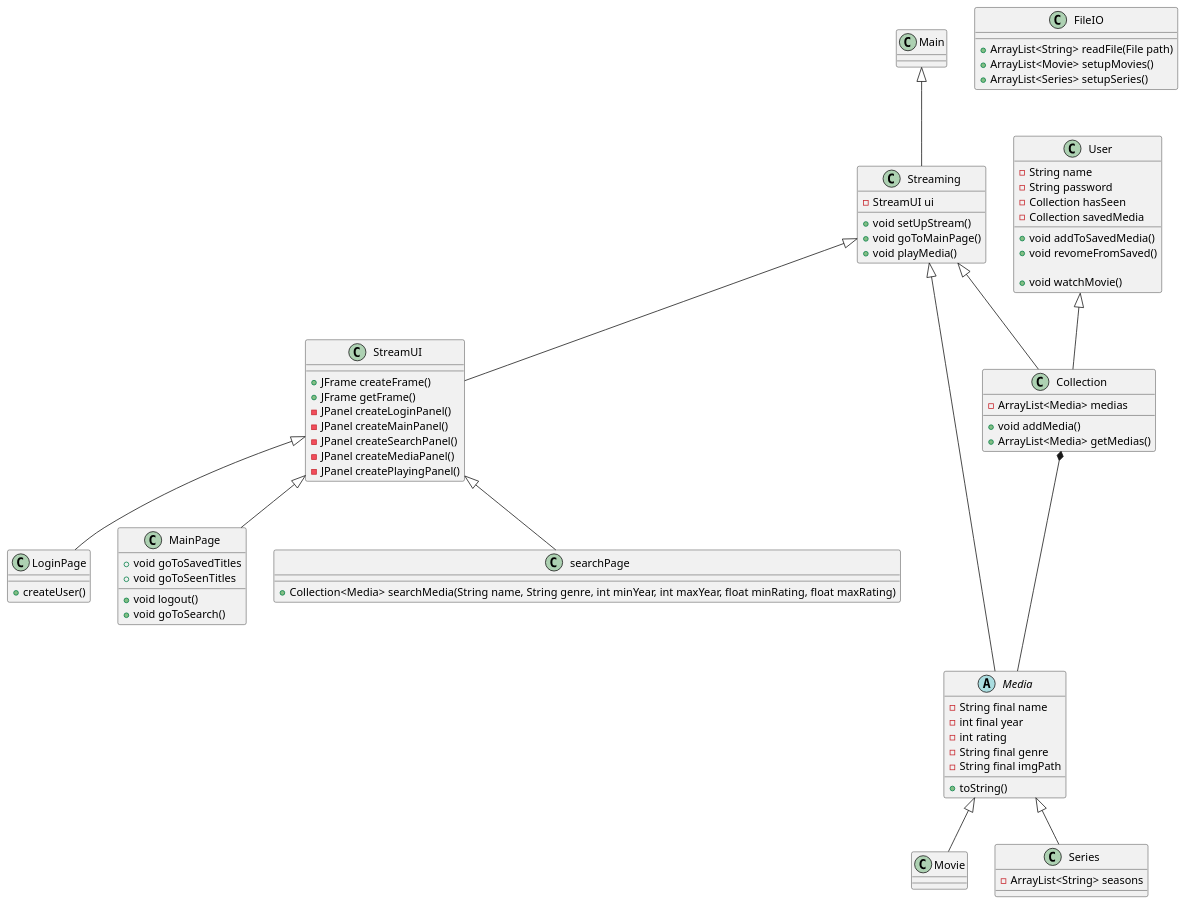
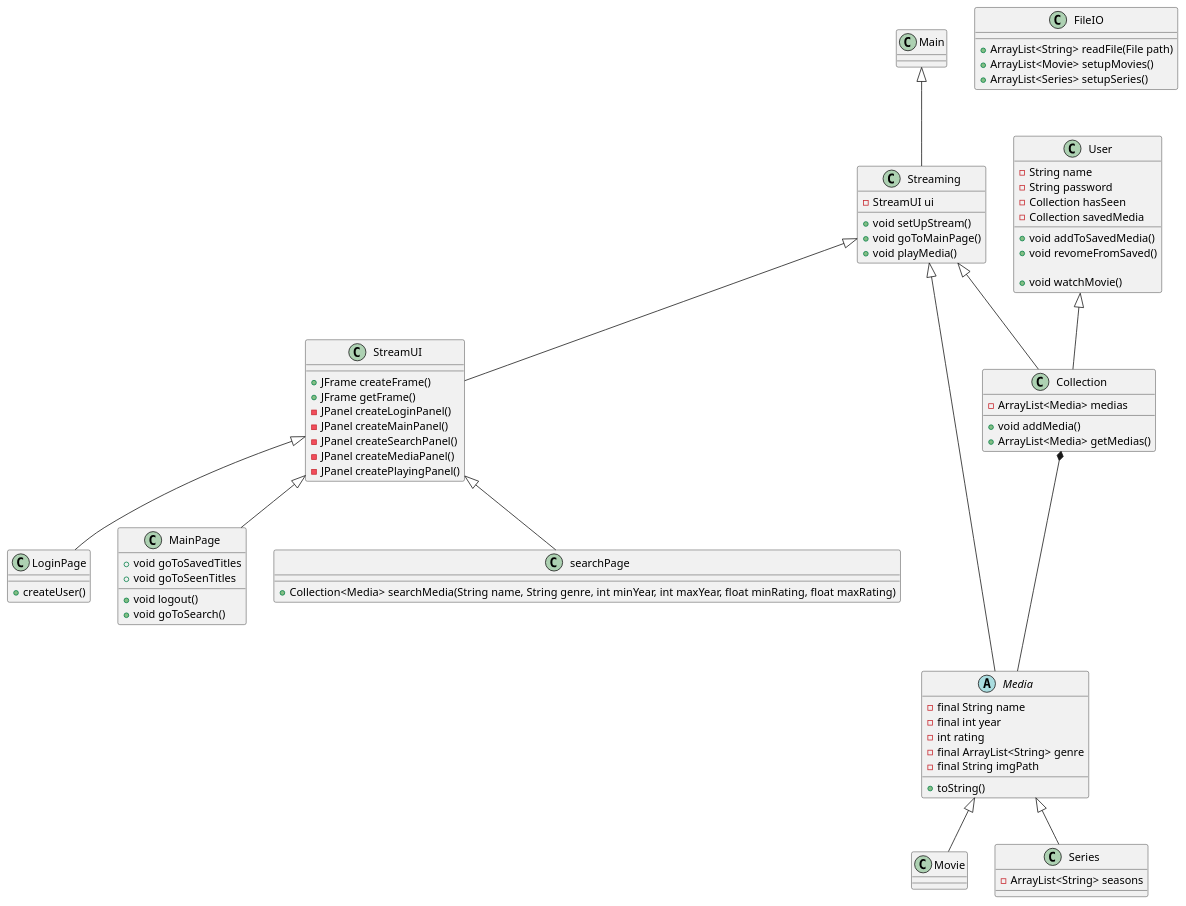
One commit to TheRealJackiBoi/dat1-sp3-streaming changed the diagram in Documentation/Streaming.puml. Above: the diagram before and after it, drawn with PlantUML. The commit also changed 4 other files, not shown here.

```diff
--- a/Documentation/Streaming.puml
+++ b/Documentation/Streaming.puml
@@ -1,94 +1,94 @@
 @startuml
 
 'https://plantuml.com/class-diagram
 
 class Main{
 
 }
 
 Main <|-- Streaming
 class Streaming{
 -StreamUI ui
 +void setUpStream()
 +void goToMainPage()
 +void playMedia()
 }
 
 StreamUI <|-- LoginPage
 class LoginPage{
 + createUser()
 
 }
 
 StreamUI <|-- MainPage
 class MainPage {
 +void logout()
 +void goToSearch()
 +void goToSavedTitles
 +void goToSeenTitles
 }
 
 StreamUI <|-- searchPage
 class searchPage{
 
 +Collection<Media> searchMedia(String name, String genre, int minYear, int maxYear, float minRating, float maxRating)
 }
 
 Streaming <|-- StreamUI
 class StreamUI {
 +JFrame createFrame()
 +JFrame getFrame()
 -JPanel createLoginPanel()
 -JPanel createMainPanel()
 -JPanel createSearchPanel()
 -JPanel createMediaPanel()
 -JPanel createPlayingPanel()
 }
 
 Streaming <|-- Media
 Streaming <|-- Collection
 abstract class Media {
--String final name
--int final year
+-final String name
+-final int year
 -int rating
--String final genre
--String final imgPath
+-final ArrayList<String> genre
+-final String imgPath
 +toString()
 }
 
 class Movie extends Media {
 
 }
 
 class Series extends Media {
 -ArrayList<String> seasons
 }
 
 Collection *--- Media
 class Collection {
 -ArrayList<Media> medias
 +void addMedia()
 +ArrayList<Media> getMedias()
 }
 
 class FileIO {
 +ArrayList<String> readFile(File path)
 +ArrayList<Movie> setupMovies()
 +ArrayList<Series> setupSeries()
 }
 
 User <|-- Collection
 class User {
 -String name
 -String password
 -Collection hasSeen
 -Collection savedMedia
 
 +void addToSavedMedia()
 +void revomeFromSaved()
 
 +void watchMovie()
 }
 
 
 @enduml
```
